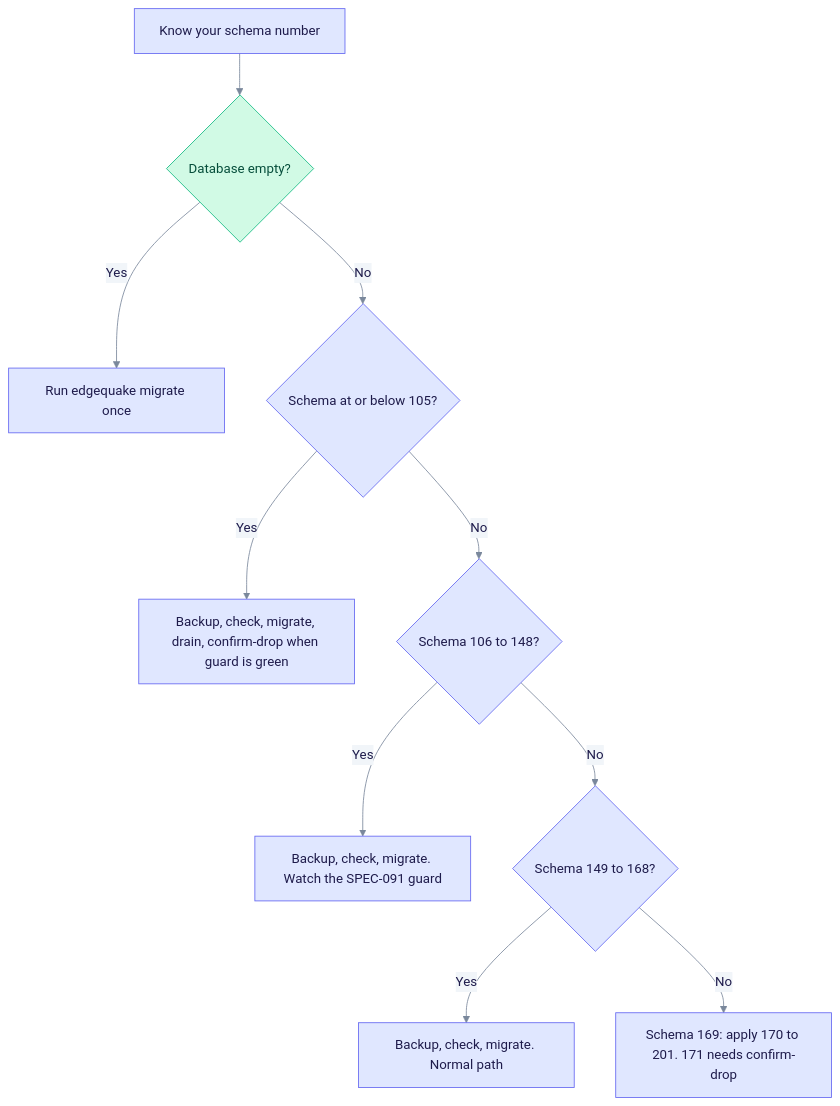
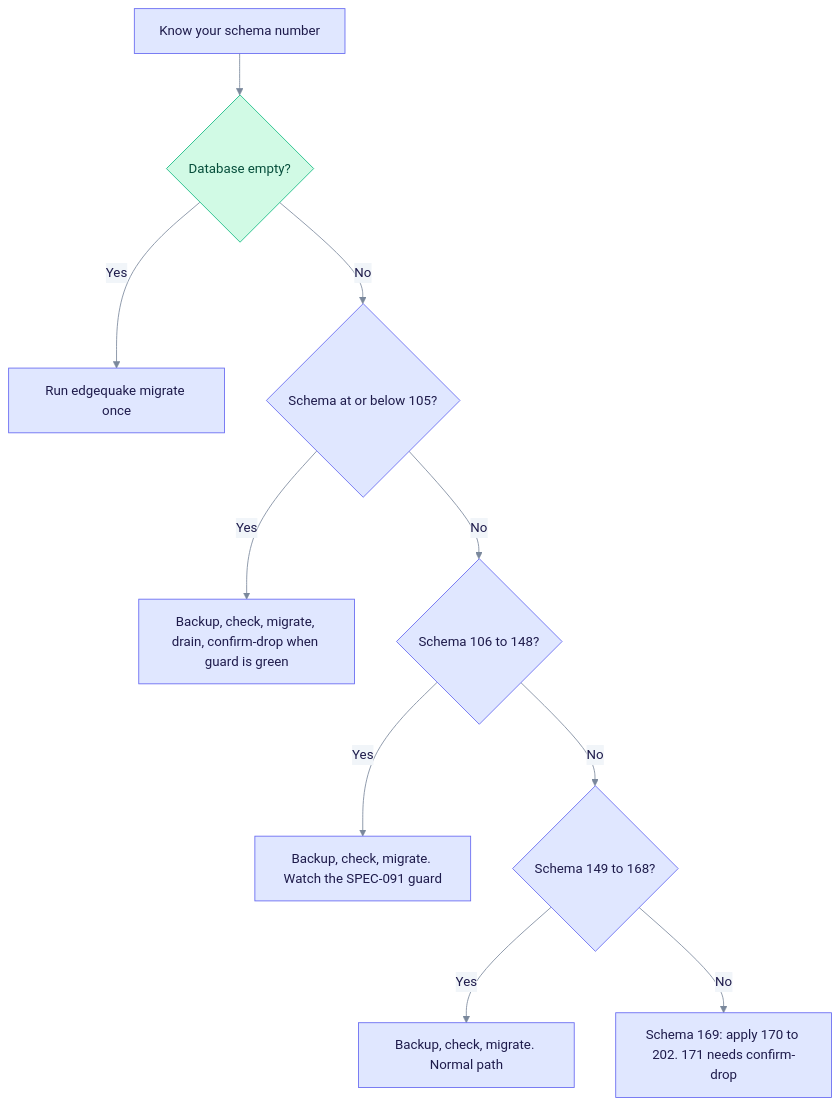
The first of 3 diagrams in docs/operations/upgrading.md (YatchiYa/edgequake), drawn with Mermaid before and after one commit. The commit also changed other lines of this file and 11 other files, not shown here.

````diff
--- a/docs/operations/upgrading.md
+++ b/docs/operations/upgrading.md
@@ -24,17 +24,17 @@
 ```mermaid
 %%{init: {"theme":"base","themeVariables":{"primaryColor":"#E0E7FF","primaryBorderColor":"#6366F1","primaryTextColor":"#1E1B4B","secondaryColor":"#D1FAE5","secondaryBorderColor":"#10B981","secondaryTextColor":"#064E3B","tertiaryColor":"#FEF3C7","tertiaryBorderColor":"#F59E0B","tertiaryTextColor":"#6B7A90","lineColor":"#7A889C","clusterBkg":"rgba(99,102,241,0.07)","clusterBorder":"#A5B4FC","noteBkgColor":"#FEF9C3","noteTextColor":"#422006","textColor":"#6B7A90","titleColor":"#6B7A90","signalColor":"#7A889C","signalTextColor":"#6B7A90","loopTextColor":"#6B7A90","edgeLabelBackground":"#F1F5F9","actorLineColor":"#94A3B8"}}}%%
 %% eq-theme:v1
 flowchart TD
   A["Know your schema number"] --> B{"Database empty?"}
   B -->|Yes| C["Run edgequake migrate once"]
   B -->|No| D{"Schema at or below 105?"}
   D -->|Yes| E["Backup, check, migrate, drain, confirm-drop when guard is green"]
   D -->|No| F{"Schema 106 to 148?"}
   F -->|Yes| G["Backup, check, migrate. Watch the SPEC-091 guard"]
   F -->|No| H{"Schema 149 to 168?"}
   H -->|Yes| I["Backup, check, migrate. Normal path"]
-  H -->|No| J["Schema 169: apply 170 to 201. 171 needs confirm-drop"]
+  H -->|No| J["Schema 169: apply 170 to 202. 171 needs confirm-drop"]
 %% eq-classes
 classDef eqStore fill:#D1FAE5,stroke:#10B981,color:#064E3B
 class B eqStore
 ```
````
